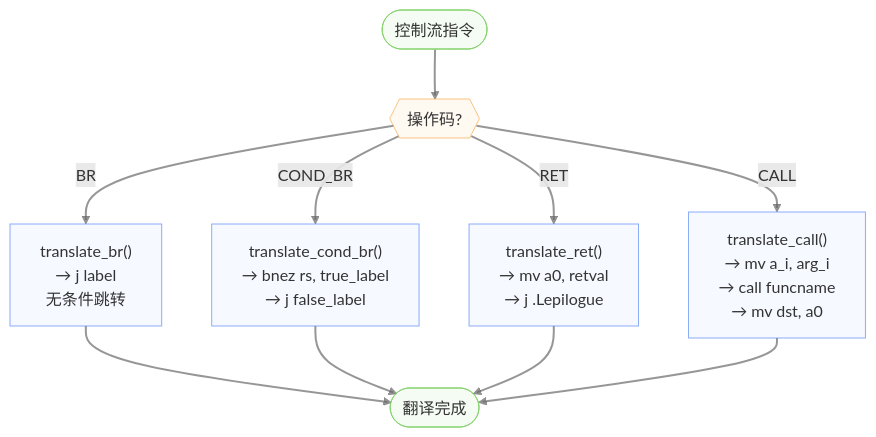
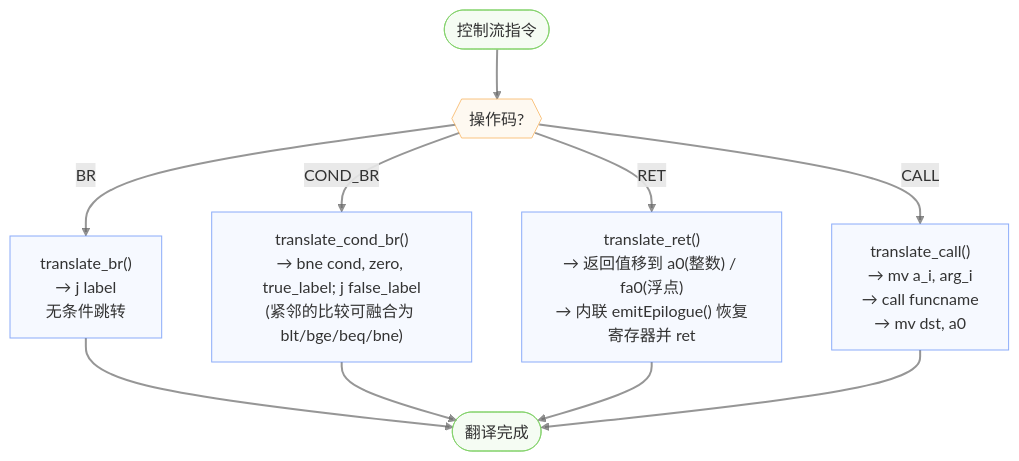
The sixth of 10 diagrams in docs/backend-instselect.md (LLLLLLLLazy/compiler-lite), drawn with Mermaid before and after one commit. The commit also changed other lines of this file and 9 other files, not shown here.

````diff
--- a/docs/backend-instselect.md
+++ b/docs/backend-instselect.md
@@ -155,22 +155,22 @@
 ```mermaid
 flowchart TD
     Start(["控制流指令"]) --> OpCheck{{"操作码?"}}
     OpCheck -- "BR" --> T_br["translate_br()<br>→ j label<br>无条件跳转"]
-    OpCheck -- "COND_BR" --> T_condbr["translate_cond_br()<br>→ bnez rs, true_label<br>→ j false_label"]
-    OpCheck -- "RET" --> T_ret["translate_ret()<br>→ mv a0, retval<br>→ j .Lepilogue"]
+    OpCheck -- "COND_BR" --> T_condbr["translate_cond_br()<br>→ bne cond, zero, true_label; j false_label<br>(紧邻的比较可融合为 blt/bge/beq/bne)"]
+    OpCheck -- "RET" --> T_ret["translate_ret()<br>→ 返回值移到 a0(整数) / fa0(浮点)<br>→ 内联 emitEpilogue() 恢复寄存器并 ret"]
     OpCheck -- "CALL" --> T_call["translate_call()<br>→ mv a_i, arg_i<br>→ call funcname<br>→ mv dst, a0"]
 
     T_br & T_condbr & T_ret & T_call --> End(["翻译完成"])
 
     %%Node styles
     classDef default fill:#E2EAFE4F,stroke:#5A88F6AF
     classDef endNode fill:#DDF4D84F,stroke:#7DCF62AF
     classDef decisionNode fill:#FCEBD34f,stroke:#F6AA4BAF
 
     %%Link styles
     linkStyle default stroke:#666666AF,stroke-width:2px
 
     %%Node classes
     class Start,End endNode
     class OpCheck decisionNode
 ```
````
